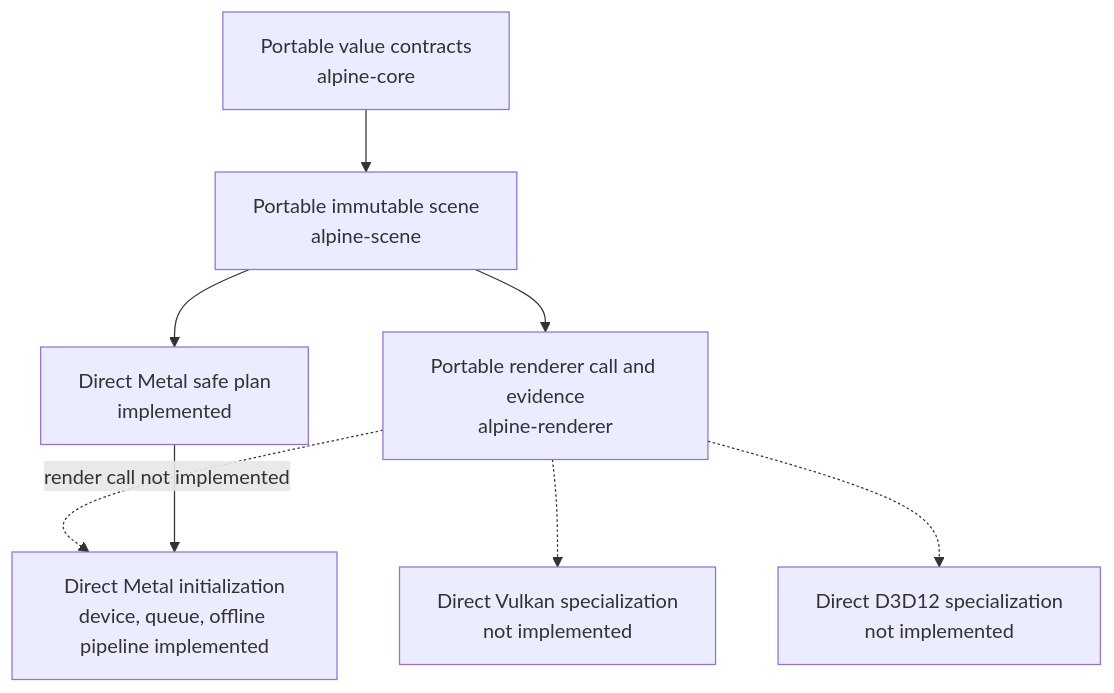
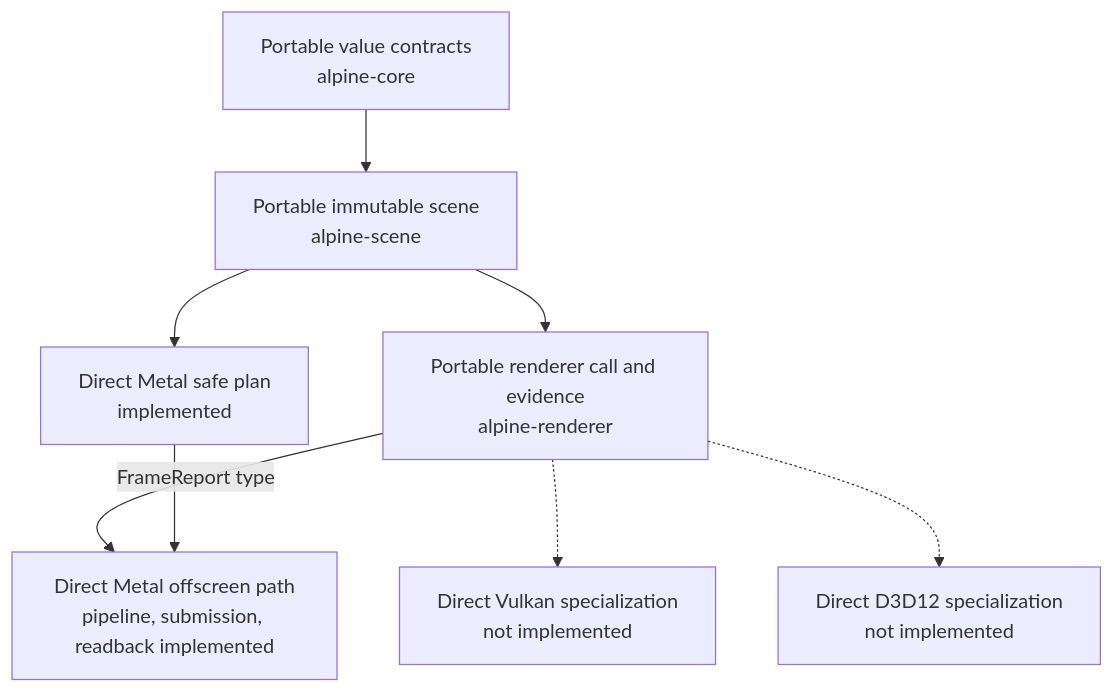
One commit to dbuddha/alpine-gpui changed the fifth of 7 diagrams in ARCHITECTURE.md. Above: the diagram before and after it, drawn with Mermaid. The commit also changed other lines of this file and 12 other files, not shown here.

First line of the commit message:
feat(metal): submit deterministic offscreen frames (#56)

````diff
--- a/ARCHITECTURE.md
+++ b/ARCHITECTURE.md
@@ -188,17 +202,17 @@
 ```mermaid
 flowchart TB
     core["Portable value contracts<br/>alpine-core"]
     scene["Portable immutable scene<br/>alpine-scene"]
     contract["Portable renderer call and evidence<br/>alpine-renderer"]
     metal_plan["Direct Metal safe plan<br/>implemented"]
-    metal_native["Direct Metal initialization<br/>device, queue, offline pipeline implemented"]
+    metal_native["Direct Metal offscreen path<br/>pipeline, submission, readback implemented"]
     vulkan["Direct Vulkan specialization<br/>not implemented"]
     d3d12["Direct D3D12 specialization<br/>not implemented"]
 
     core --> scene --> contract
     scene --> metal_plan
-    contract -. "render call not implemented" .-> metal_native
+    contract -->|"FrameReport type"| metal_native
     metal_plan --> metal_native
     contract -.-> vulkan
     contract -.-> d3d12
 ```
````
